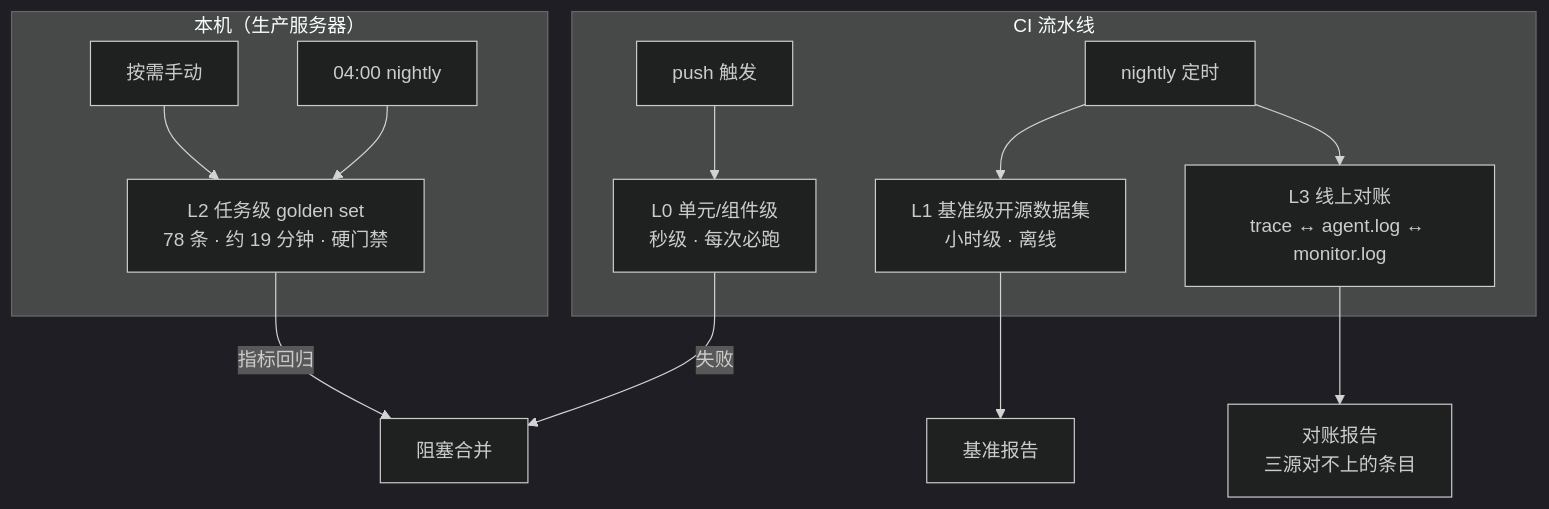
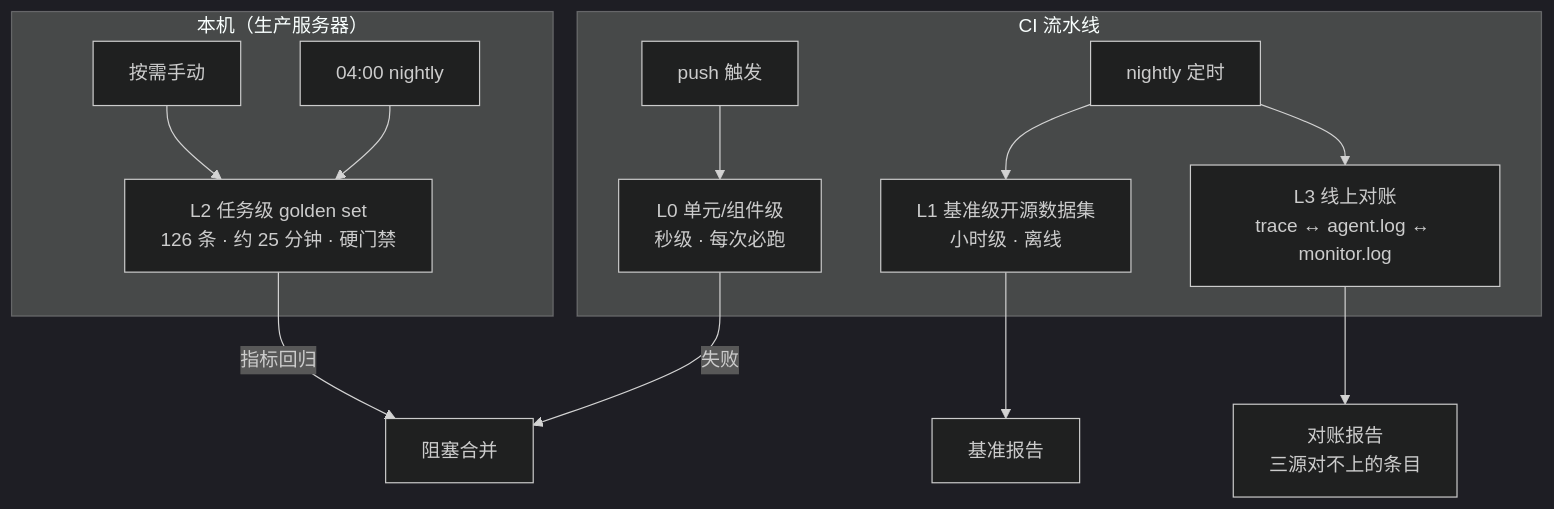
Before and after one commit to BigLeopardCat/saudade-blog-agent: the first of 2 diagrams in docs/eval-observability.md, drawn with Mermaid (dark theme). The commit also changed other lines of this file and 4 other files, not shown here.

````diff
--- a/docs/eval-observability.md
+++ b/docs/eval-observability.md
@@ -85,16 +115,16 @@
 ```mermaid
 flowchart TB
     subgraph CI[CI 流水线]
         P0[push 触发] --> L0[L0 单元/组件级<br/>秒级 · 每次必跑]
         N[nightly 定时] --> L1[L1 基准级开源数据集<br/>小时级 · 离线]
         N --> L3[L3 线上对账<br/>trace ↔ agent.log ↔ monitor.log]
     end
     subgraph LOCAL[本机（生产服务器）]
-        P1[按需手动] --> L2[L2 任务级 golden set<br/>78 条 · 约 19 分钟 · 硬门禁]
+        P1[按需手动] --> L2[L2 任务级 golden set<br/>126 条 · 约 25 分钟 · 硬门禁]
         N2[04:00 nightly] --> L2
     end
     L0 -->|失败| BLOCK[阻塞合并]
     L2 -->|指标回归| BLOCK
     L1 --> R1[基准报告]
     L3 --> R2[对账报告<br/>三源对不上的条目]
 ```
````
